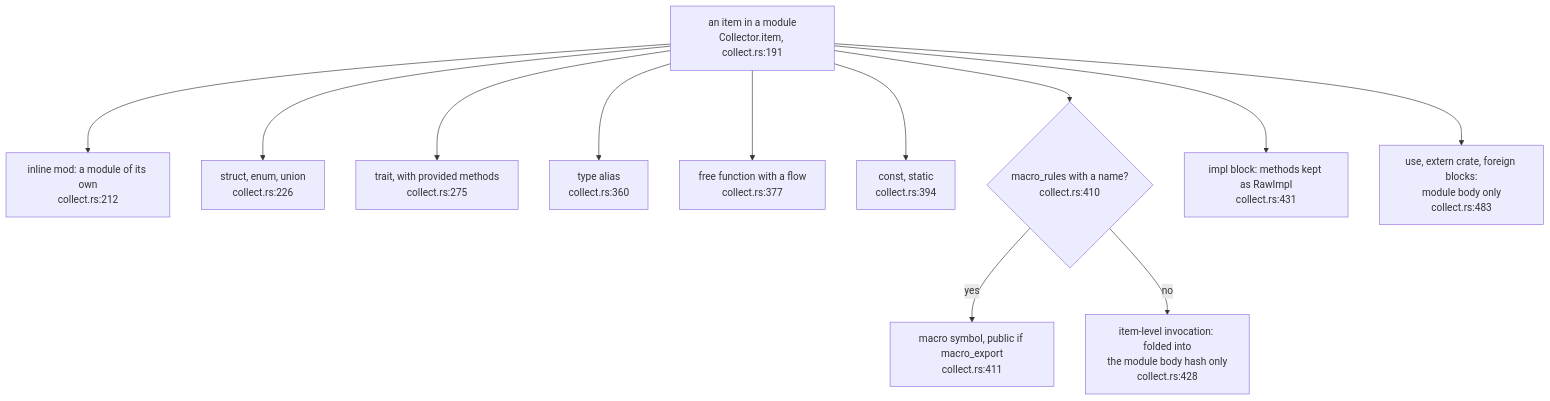
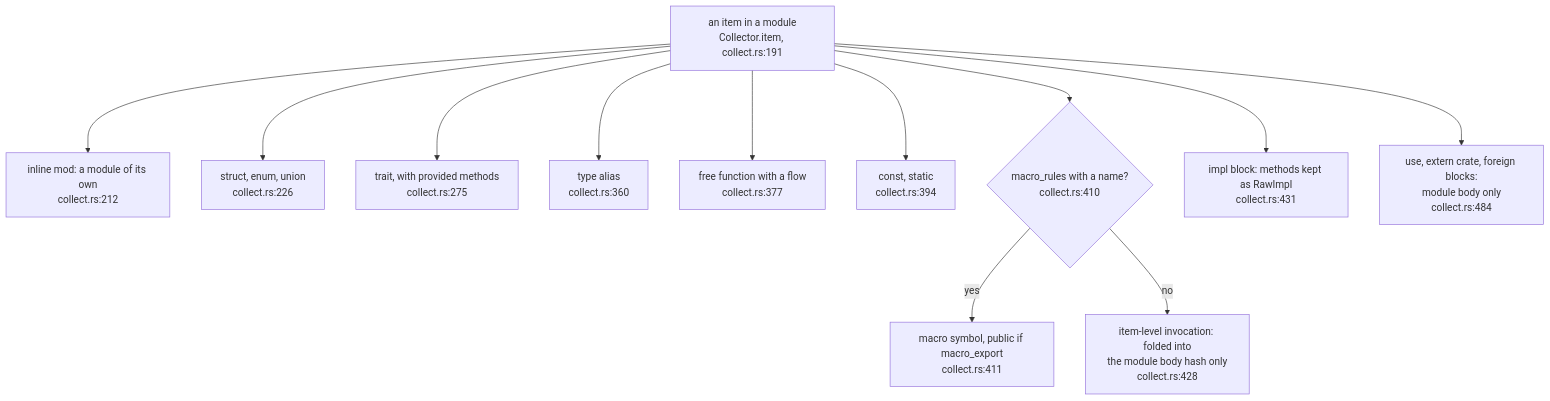
One commit to DreamLab-AI/codemaid changed the second of 5 diagrams in docs/diagrams/extract/02-minting-ids-for-definitions.md. Above: the diagram before and after it, drawn with Mermaid. The commit also changed other lines of this file and 21 other files, not shown here.

````diff
--- a/docs/diagrams/extract/02-minting-ids-for-definitions.md
+++ b/docs/diagrams/extract/02-minting-ids-for-definitions.md
@@ -79,26 +80,26 @@
 ```mermaid
 flowchart TB
     IT["an item in a module<br/>Collector.item, collect.rs:191"]
     MOD["inline mod: a module of its own<br/>collect.rs:212"]
     DATA["struct, enum, union<br/>collect.rs:226"]
     TR["trait, with provided methods<br/>collect.rs:275"]
     AL["type alias<br/>collect.rs:360"]
     FN["free function with a flow<br/>collect.rs:377"]
     VAL["const, static<br/>collect.rs:394"]
     MAC{"macro_rules with a name?<br/>collect.rs:410"}
     MDEF["macro symbol, public if macro_export<br/>collect.rs:411"]
     MINV["item-level invocation: folded into<br/>the module body hash only<br/>collect.rs:428"]
     IMPL["impl block: methods kept as RawImpl<br/>collect.rs:431"]
-    REST["use, extern crate, foreign blocks:<br/>module body only<br/>collect.rs:483"]
+    REST["use, extern crate, foreign blocks:<br/>module body only<br/>collect.rs:484"]
     IT --> MOD
     IT --> DATA
     IT --> TR
     IT --> AL
     IT --> FN
     IT --> VAL
     IT --> MAC
     MAC -->|yes| MDEF
     MAC -->|no| MINV
     IT --> IMPL
     IT --> REST
 ```
````
